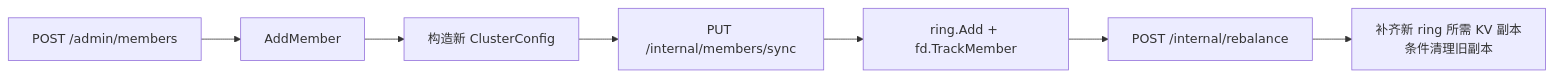
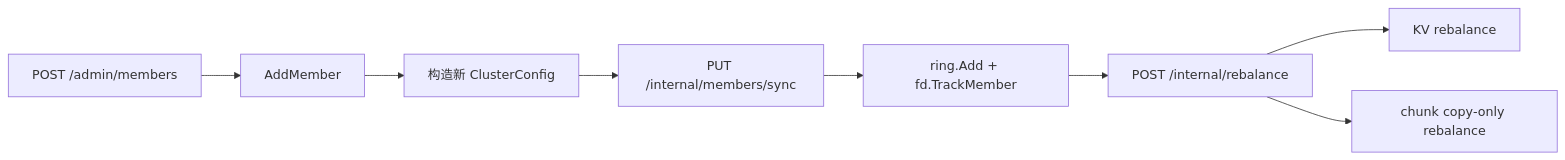
One commit to huanzichen00/minidist changed the eighth of 9 diagrams in ARCHITECTURE.md. Above: the diagram before and after it, drawn with Mermaid. The commit also changed other lines of this file, not shown here.

````diff
--- a/ARCHITECTURE.md
+++ b/ARCHITECTURE.md
@@ -443,9 +515,10 @@
 ```mermaid
 flowchart LR
     A[POST /admin/members] --> B[AddMember]
     B --> C[构造新 ClusterConfig]
     C --> D[PUT /internal/members/sync]
     D --> E[ring.Add + fd.TrackMember]
     E --> F[POST /internal/rebalance]
-    F --> G[补齐新 ring 所需 KV 副本\n条件清理旧副本]
+    F --> G[KV rebalance]
+    F --> H[chunk copy-only rebalance]
 ```
````
